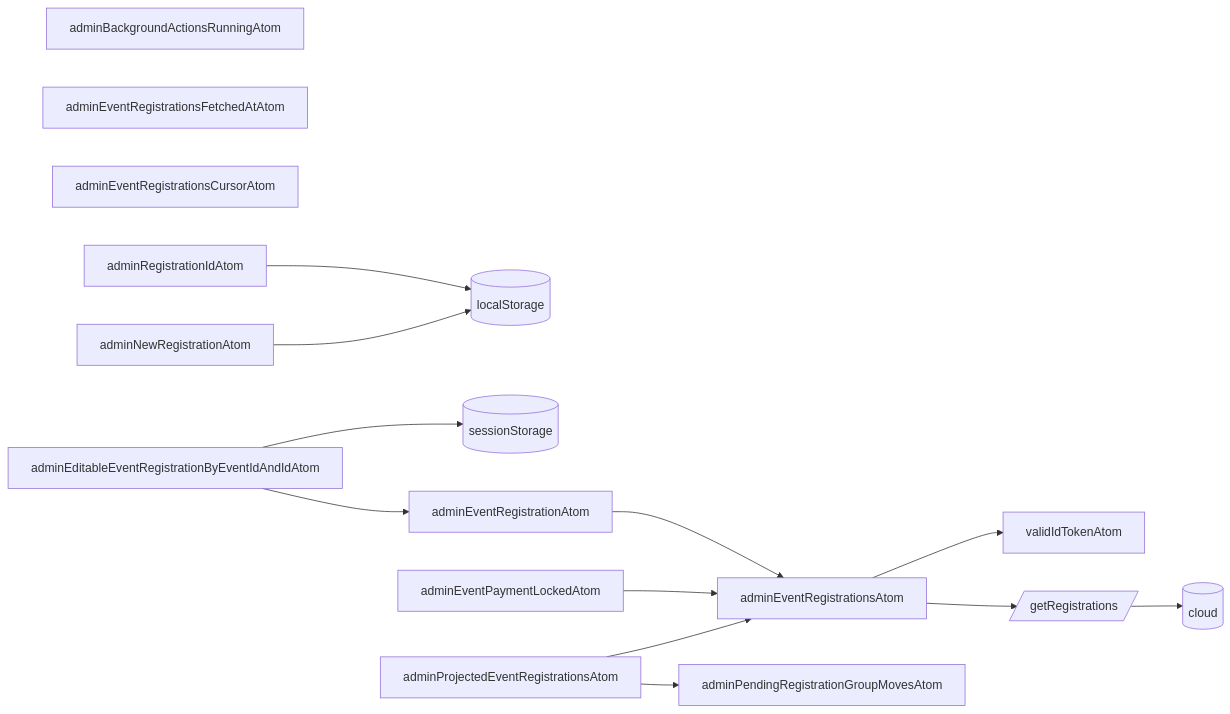
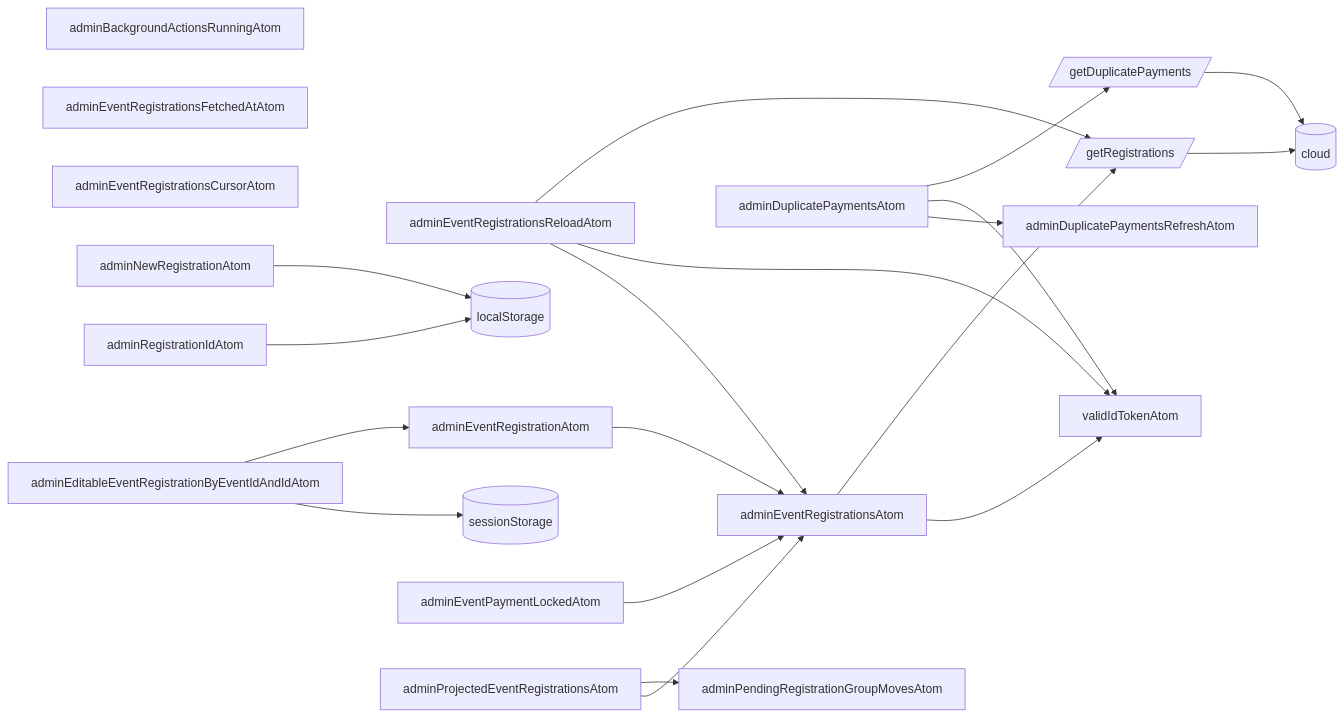
One commit to koekalenteri/koekalenteri changed the tenth of 12 diagrams in src/pages/admin/state/README.md. Above: the diagram before and after it, drawn with Mermaid. The commit also changed other lines of this file and 18 other files, not shown here.

````diff
--- a/src/pages/admin/state/README.md
+++ b/src/pages/admin/state/README.md
@@ -289,24 +315,30 @@
 ```mermaid
 graph LR
   adminEventRegistrationsAtom-->validIdTokenAtom
   adminEventRegistrationsAtom-->getRegistrations[/getRegistrations/]-->aws
+  adminEventRegistrationsReloadAtom-->adminEventRegistrationsAtom
+  adminEventRegistrationsReloadAtom-->validIdTokenAtom
+  adminEventRegistrationsReloadAtom-->getRegistrations
+  adminDuplicatePaymentsAtom-->adminDuplicatePaymentsRefreshAtom
+  adminDuplicatePaymentsAtom-->validIdTokenAtom
+  adminDuplicatePaymentsAtom-->getDuplicatePayments[/getDuplicatePayments/]-->aws
   adminPendingRegistrationGroupMovesAtom
   adminBackgroundActionsRunningAtom
   adminEventRegistrationsFetchedAtAtom
   adminEventRegistrationsCursorAtom
   adminRegistrationIdAtom-->localStorage
   adminNewRegistrationAtom-->localStorage
 
   localStorage[(localStorage)]
   sessionStorage[(sessionStorage)]
 
   adminEventRegistrationAtom-->adminEventRegistrationsAtom
   adminEventPaymentLockedAtom-->adminEventRegistrationsAtom
   adminProjectedEventRegistrationsAtom-->adminEventRegistrationsAtom
   adminProjectedEventRegistrationsAtom-->adminPendingRegistrationGroupMovesAtom
 
   adminEditableEventRegistrationByEventIdAndIdAtom-->sessionStorage
   adminEditableEventRegistrationByEventIdAndIdAtom-->adminEventRegistrationAtom
 
   aws[(cloud)]
 ```
````
